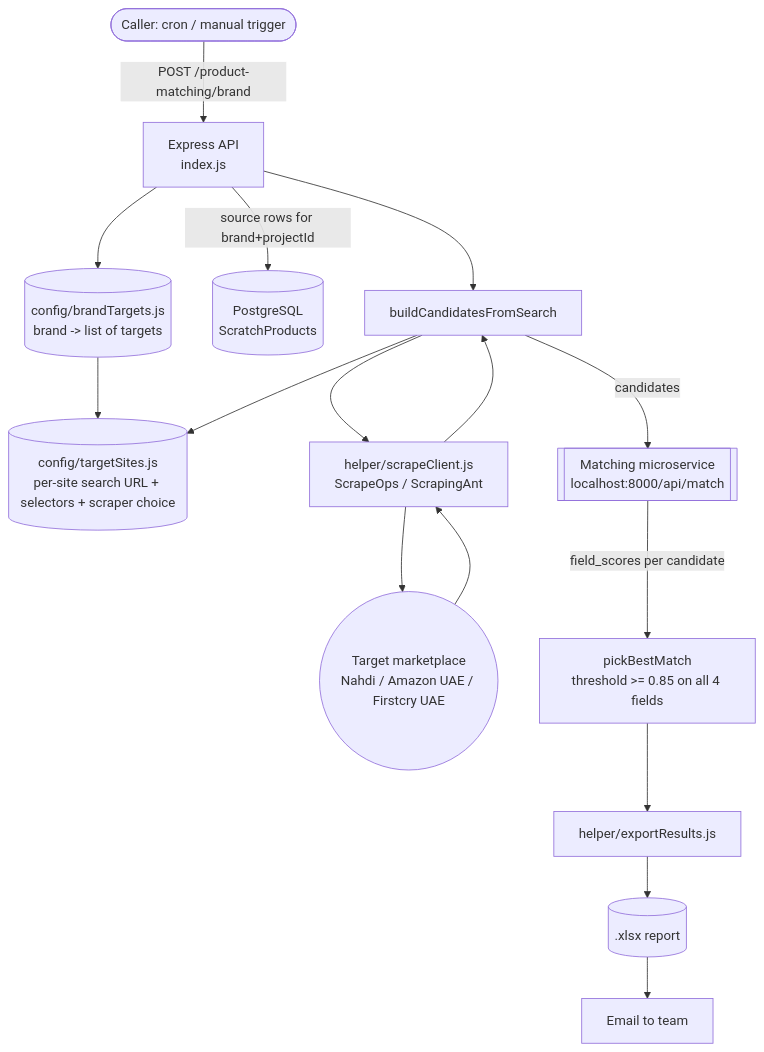
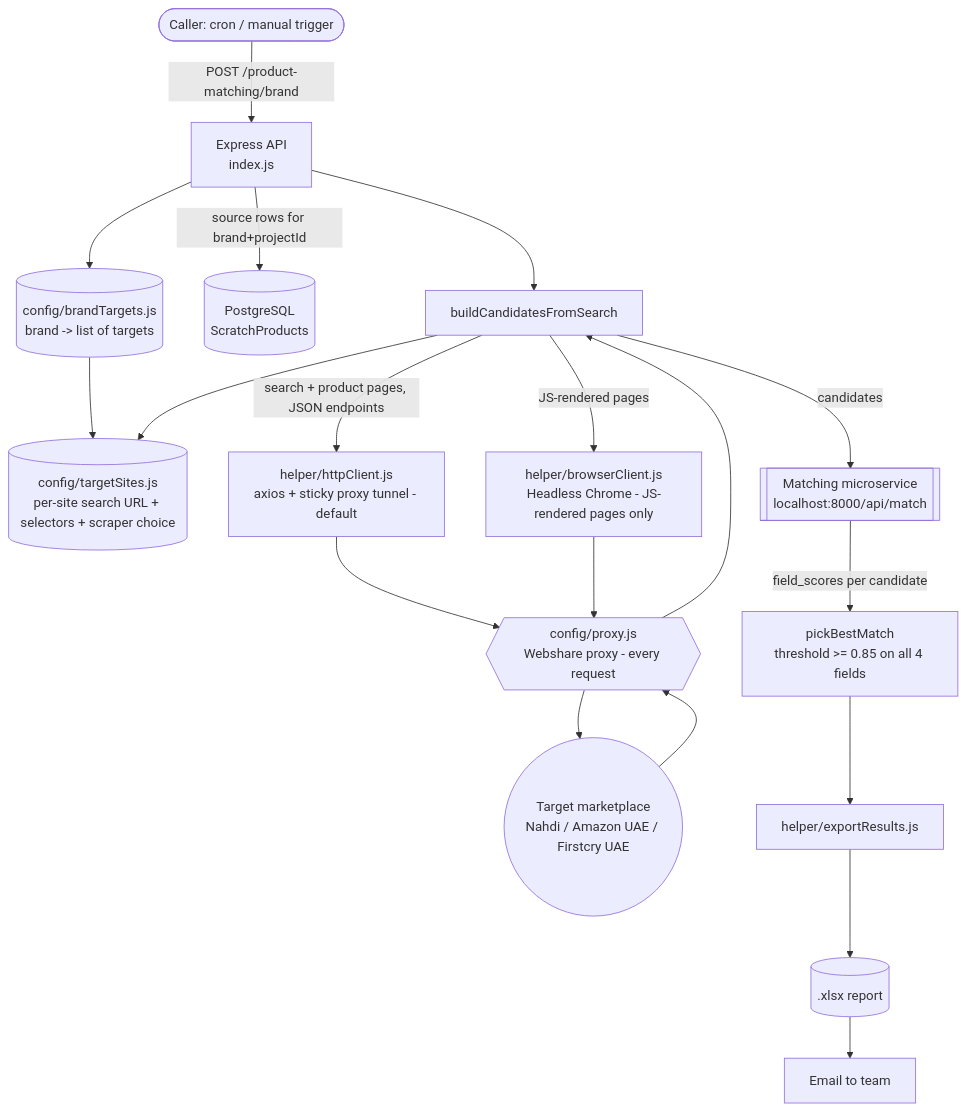
The diagram in HLD.md (AkhlaqMergekart/product-matching), drawn with Mermaid before and after one commit. The commit also changed other lines of this file and 8 other files, not shown here.

````diff
--- a/HLD.md
+++ b/HLD.md
@@ -24,32 +24,37 @@
 ```mermaid
 flowchart TD
     Client([Caller: cron / manual trigger])
     API[Express API\nindex.js]
     BrandCfg[(config/brandTargets.js\nbrand -> list of targets)]
     SiteCfg[(config/targetSites.js\nper-site search URL + selectors + scraper choice)]
     DB[(PostgreSQL\nScratchProducts)]
     Search[buildCandidatesFromSearch]
-    ScrapeClient[helper/scrapeClient.js\nScrapeOps / ScrapingAnt]
+    HttpClient[helper/httpClient.js\naxios + sticky proxy tunnel - default]
+    ScrapeClient[helper/browserClient.js\nHeadless Chrome - JS-rendered pages only]
+    Proxy{{config/proxy.js\nWebshare proxy - every request}}
     Target((Target marketplace\nNahdi / Amazon UAE / Firstcry UAE))
     MatchSvc[[Matching microservice\nlocalhost:8000/api/match]]
     Pick[pickBestMatch\nthreshold >= 0.85 on all 4 fields]
     Export[helper/exportResults.js]
     Excel[(.xlsx report)]
     Email[Email to team]
 
     Client -->|POST /product-matching/brand| API
     API --> BrandCfg
     BrandCfg --> SiteCfg
     API -->|source rows for brand+projectId| DB
     API --> Search
     Search --> SiteCfg
-    Search --> ScrapeClient
-    ScrapeClient --> Target
-    Target --> ScrapeClient
-    ScrapeClient --> Search
+    Search -->|search + product pages, JSON endpoints| HttpClient
+    Search -->|JS-rendered pages| ScrapeClient
+    HttpClient --> Proxy
+    ScrapeClient --> Proxy
+    Proxy --> Target
+    Target --> Proxy
+    Proxy --> Search
     Search -->|candidates| MatchSvc
     MatchSvc -->|field_scores per candidate| Pick
     Pick --> Export
     Export --> Excel
     Excel --> Email
 ```
````
